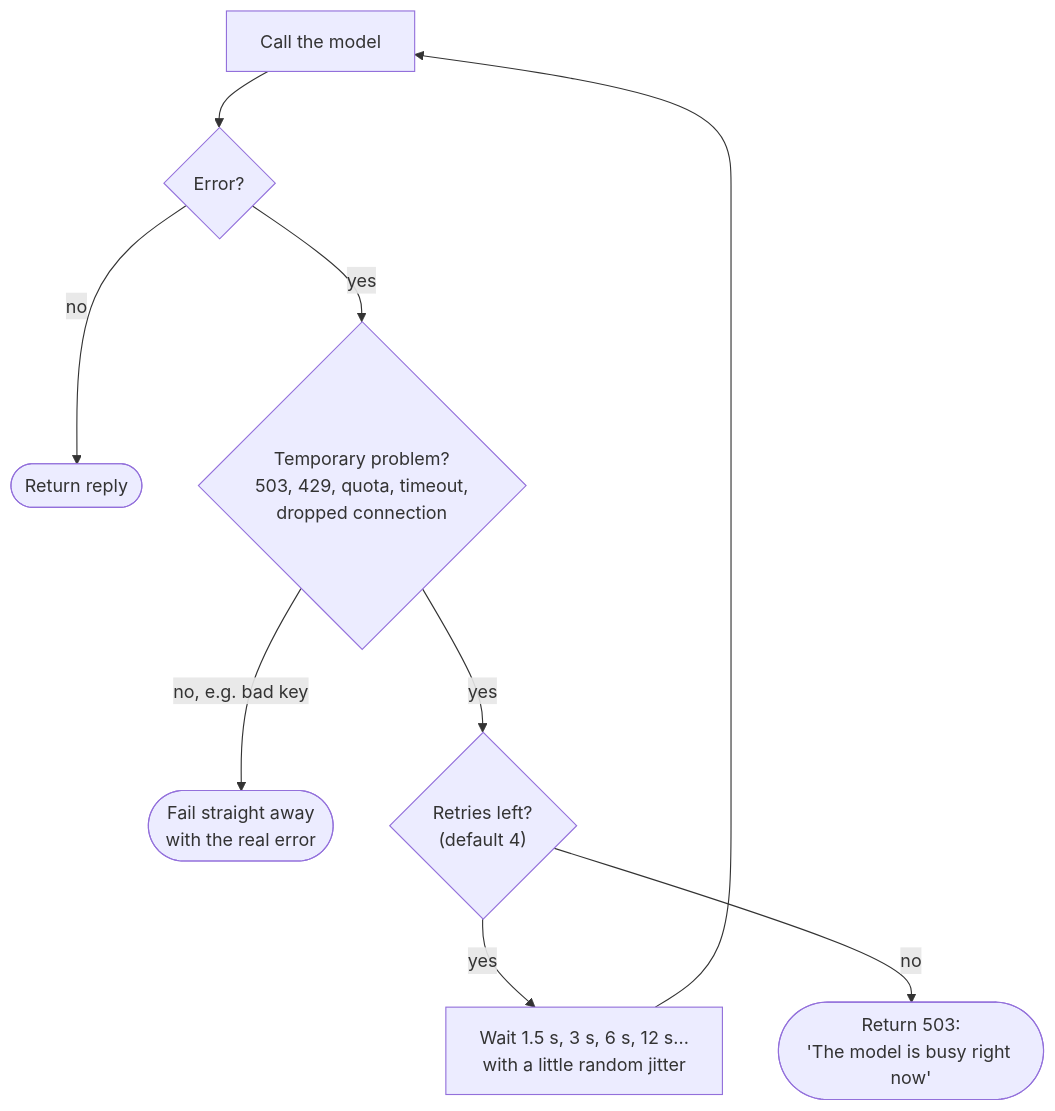
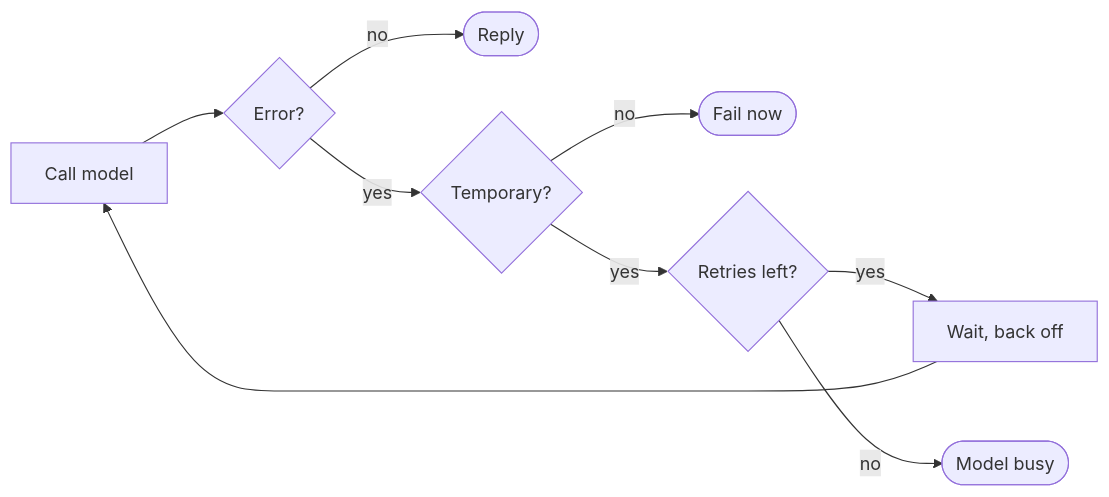
One commit to manjuv03/Personalized-AI-Assistant-with-Contextual-Recall changed the fifth of 6 diagrams in PROJECT_REPORT.md. Above: the diagram before and after it, drawn with Mermaid. The commit also changed other lines of this file and 1 other file, not shown here.

Commit message:
Make diagrams more compact

````diff
--- a/PROJECT_REPORT.md
+++ b/PROJECT_REPORT.md
@@ -257,10 +207,10 @@
 ```mermaid
-flowchart TD
-    A["Call the model"] --> B{"Error?"}
-    B -- no --> Z([Return reply])
-    B -- yes --> C{"Temporary problem?<br/>503, 429, quota, timeout,<br/>dropped connection"}
-    C -- "no, e.g. bad key" --> X([Fail straight away<br/>with the real error])
-    C -- yes --> D{"Retries left?<br/>(default 4)"}
-    D -- yes --> E["Wait 1.5 s, 3 s, 6 s, 12 s...<br/>with a little random jitter"] --> A
-    D -- no --> Y(["Return 503:<br/>'The model is busy right now'"])
+flowchart LR
+    A[Call model] --> B{Error?}
+    B -- no --> Z([Reply])
+    B -- yes --> C{Temporary?}
+    C -- no --> X([Fail now])
+    C -- yes --> D{Retries left?}
+    D -- yes --> W[Wait, back off] --> A
+    D -- no --> Y(["Model busy"])
 ```
````
